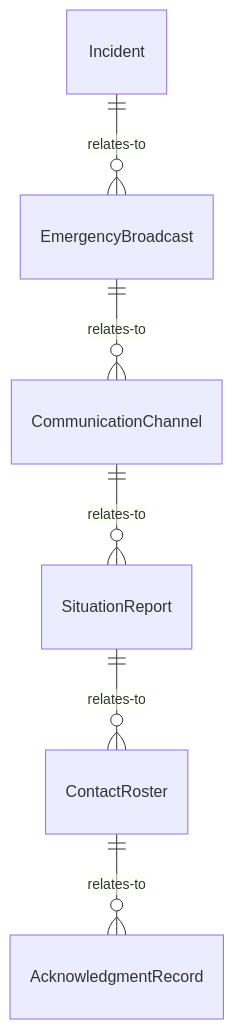
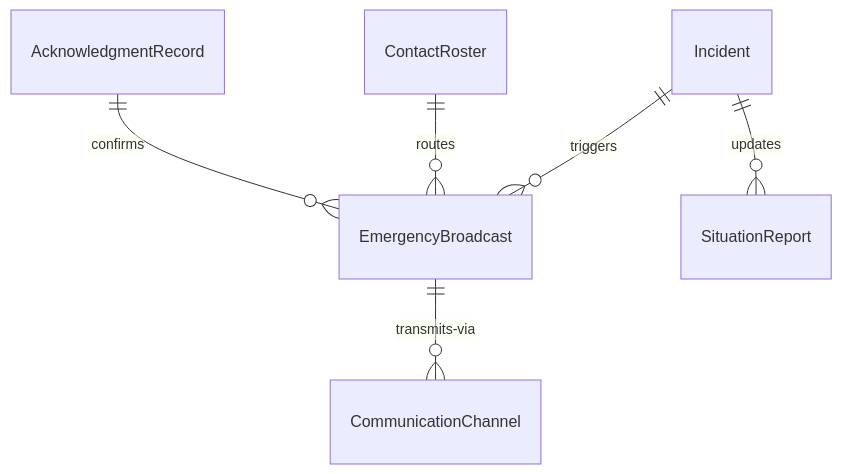
Before and after one commit to dot-org-ai/tasks.org.ai: the first of 4 diagrams in CommunicatingWithSupervisorsPeersOrSubordinates/NotifyOthersOfEmergenciesOrProblems/RelayInformationAboutIncidentsEmergencies.mdx, drawn with Mermaid. The commit also changed other lines of this file and 515 other files, not shown here.

````diff
--- a/CommunicatingWithSupervisorsPeersOrSubordinates/NotifyOthersOfEmergenciesOrProblems/RelayInformationAboutIncidentsEmergencies.mdx
+++ b/CommunicatingWithSupervisorsPeersOrSubordinates/NotifyOthersOfEmergenciesOrProblems/RelayInformationAboutIncidentsEmergencies.mdx
@@ -85,8 +85,8 @@
 ```mermaid
 erDiagram
-    Incident ||--o{ EmergencyBroadcast : relates-to
-    EmergencyBroadcast ||--o{ CommunicationChannel : relates-to
-    CommunicationChannel ||--o{ SituationReport : relates-to
-    SituationReport ||--o{ ContactRoster : relates-to
-    ContactRoster ||--o{ AcknowledgmentRecord : relates-to
+    Incident ||--o{ EmergencyBroadcast : triggers
+    EmergencyBroadcast ||--o{ CommunicationChannel : transmits-via
+    Incident ||--o{ SituationReport : updates
+    ContactRoster ||--o{ EmergencyBroadcast : routes
+    AcknowledgmentRecord ||--o{ EmergencyBroadcast : confirms
 ```
````
